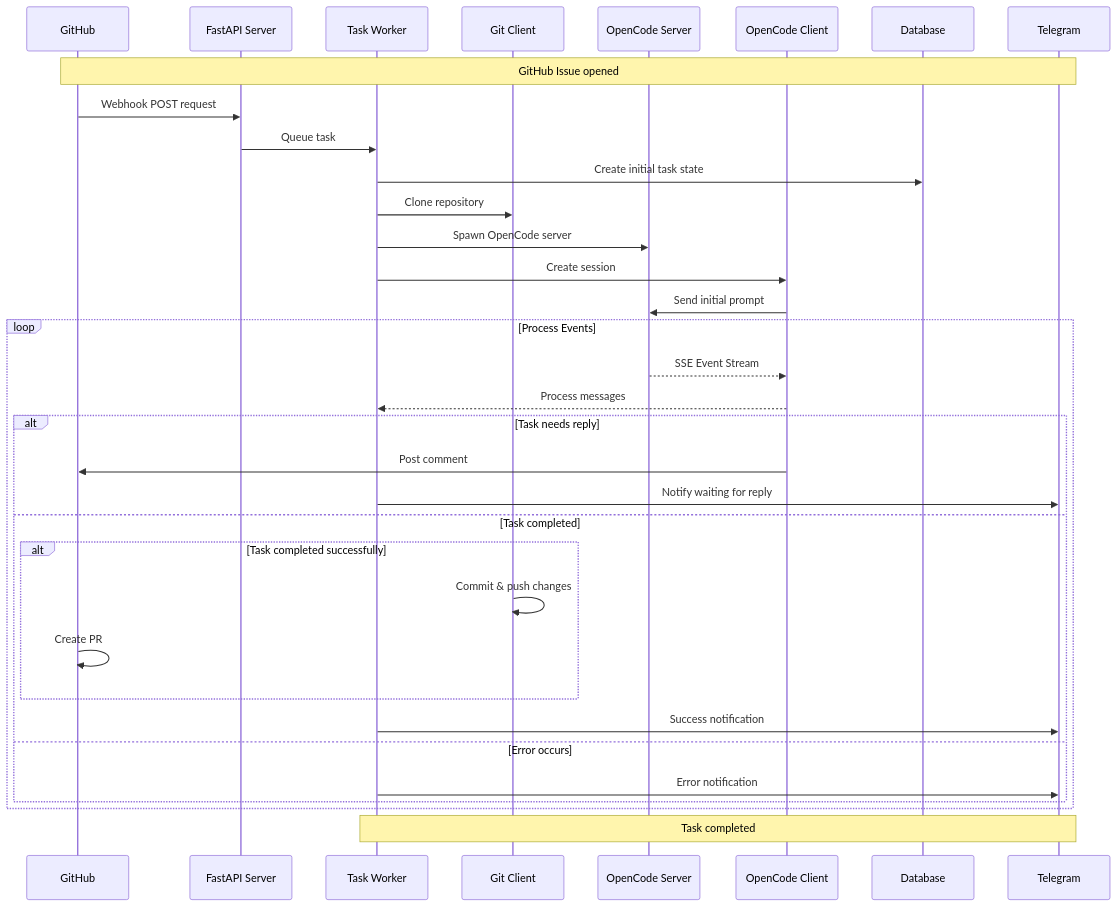
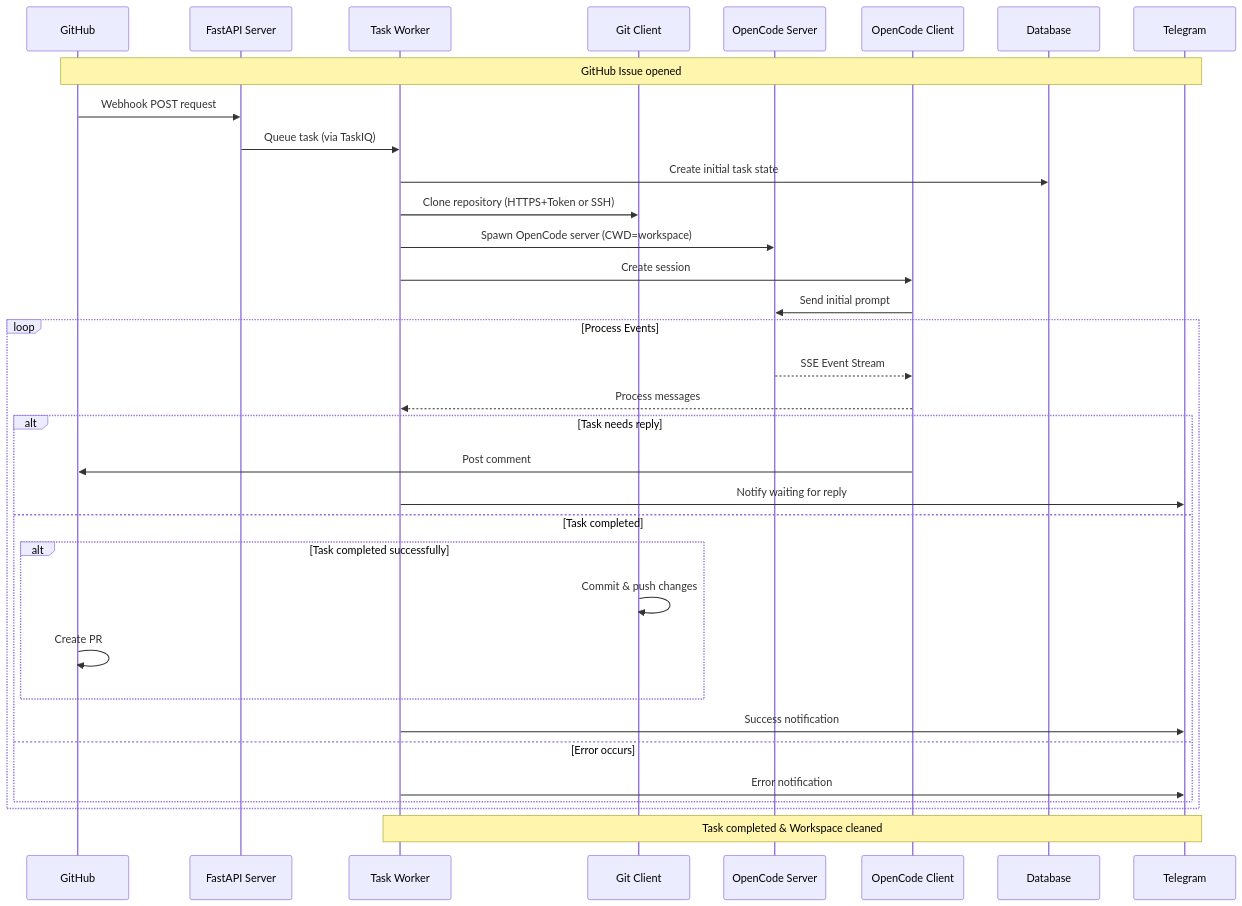
Before and after one commit to volk6022/AI-Coding-Agent-Orchestrator: the first of 4 diagrams in STRUCTURE.md, drawn with Mermaid. The commit also changed other lines of this file, not shown here.

````diff
--- a/STRUCTURE.md
+++ b/STRUCTURE.md
@@ -89,37 +89,37 @@
 ```mermaid
 sequenceDiagram
     participant GH as GitHub
     participant API as FastAPI Server
     participant Worker as Task Worker
     participant Git as Git Client
     participant OC as OpenCode Server
     participant OCClient as OpenCode Client
     participant DB as Database
     participant TG as Telegram
     
     Note over GH, TG: GitHub Issue opened
     GH->>API: Webhook POST request
-    API->>Worker: Queue task
+    API->>Worker: Queue task (via TaskIQ)
     Worker->>DB: Create initial task state
-    Worker->>Git: Clone repository
-    Worker->>OC: Spawn OpenCode server
+    Worker->>Git: Clone repository (HTTPS+Token or SSH)
+    Worker->>OC: Spawn OpenCode server (CWD=workspace)
     Worker->>OCClient: Create session
     OCClient->>OC: Send initial prompt
     loop Process Events
         OC-->>OCClient: SSE Event Stream
         OCClient-->>Worker: Process messages
         alt Task needs reply
             OCClient->>GH: Post comment
             Worker->>TG: Notify waiting for reply
         else Task completed
             alt Task completed successfully
                 Git->>Git: Commit & push changes
                 GH->>GH: Create PR
             end
             Worker->>TG: Success notification
         else Error occurs
             Worker->>TG: Error notification
         end
     end
-    Note over Worker, TG: Task completed
+    Note over Worker, TG: Task completed & Workspace cleaned
 ```
````
